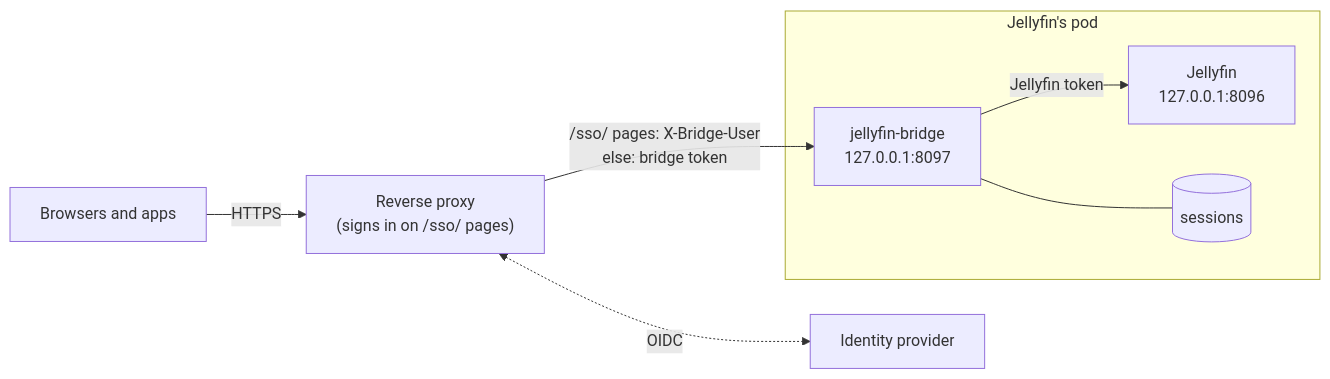
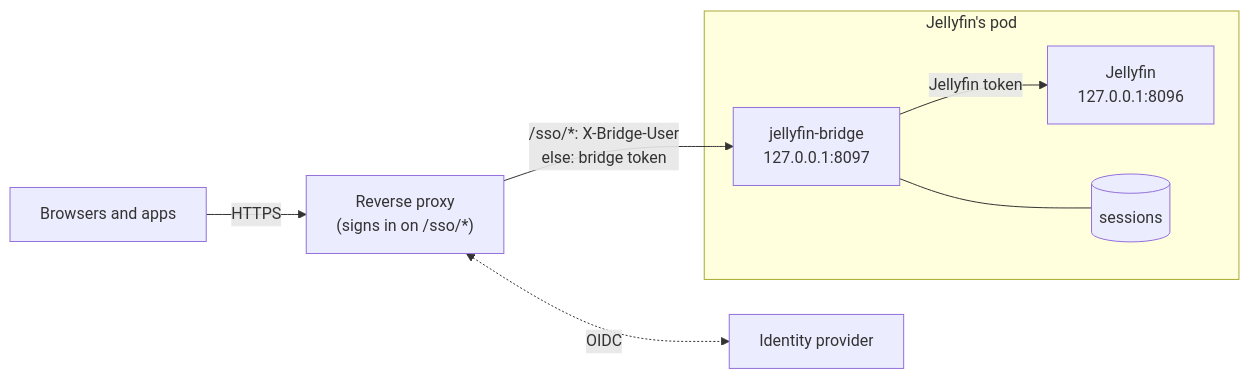
The diagram in cmd/jellyfin-bridge/README.md (pdeslaur/hangar), drawn with Mermaid before and after one commit. The commit also changed other lines of this file and 6 other files, not shown here.

First line of the commit message:
feat(jellyfin-bridge): Serve static files under /sso-static/

````diff
--- a/cmd/jellyfin-bridge/README.md
+++ b/cmd/jellyfin-bridge/README.md
@@ -7,10 +7,10 @@
 ```mermaid
 flowchart LR
-    client["Browsers and apps"] -->|HTTPS| proxy["Reverse proxy<br>(signs in on /sso/ pages)"]
+    client["Browsers and apps"] -->|HTTPS| proxy["Reverse proxy<br>(signs in on /sso/*)"]
     proxy <-.->|OIDC| idp["Identity provider"]
     subgraph pod["Jellyfin's pod"]
         bridge["jellyfin-bridge<br>127.0.0.1:8097"] -->|"Jellyfin token"| jellyfin["Jellyfin<br>127.0.0.1:8096"]
         bridge --- state[("sessions")]
     end
-    proxy -->|"/sso/ pages: X-Bridge-User<br>else: bridge token"| bridge
+    proxy -->|"/sso/*: X-Bridge-User<br>else: bridge token"| bridge
 ```
````
